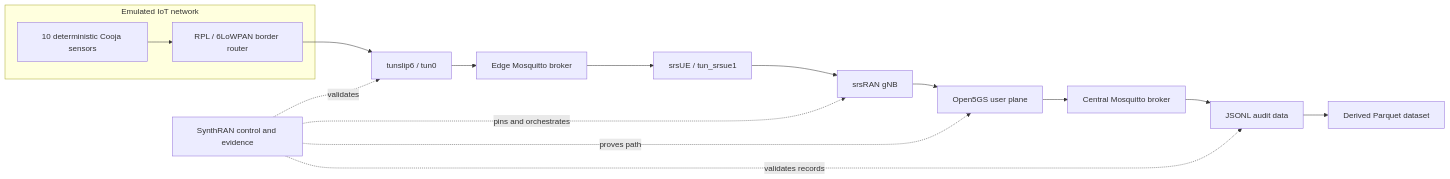
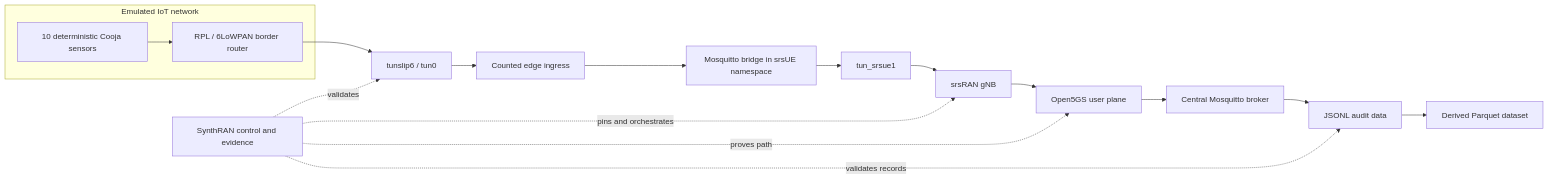
The diagram in README.md (RA-Nayreed/SynthRAN), drawn with Mermaid before and after one commit. The commit also changed other lines of this file and 4 other files, not shown here.

Commit message:
document integrated experiment architecture and workflow

````diff
--- a/README.md
+++ b/README.md
@@ -26,20 +26,21 @@
 ```mermaid
 flowchart LR
     subgraph IoT["Emulated IoT network"]
         S["10 deterministic Cooja sensors"] --> R["RPL / 6LoWPAN border router"]
     end
 
     R --> T["tunslip6 / tun0"]
-    T --> E["Edge Mosquitto broker"]
-    E --> U["srsUE / tun_srsue1"]
+    T --> E["Counted edge ingress"]
+    E --> M["Mosquitto bridge in srsUE namespace"]
+    M --> U["tun_srsue1"]
     U --> G["srsRAN gNB"]
     G --> C["Open5GS user plane"]
     C --> B["Central Mosquitto broker"]
     B --> D["JSONL audit data"]
     D --> P["Derived Parquet dataset"]
 
     O["SynthRAN control and evidence"] -. validates .-> T
     O -. pins and orchestrates .-> G
     O -. proves path .-> C
     O -. validates records .-> D
 ```
````
